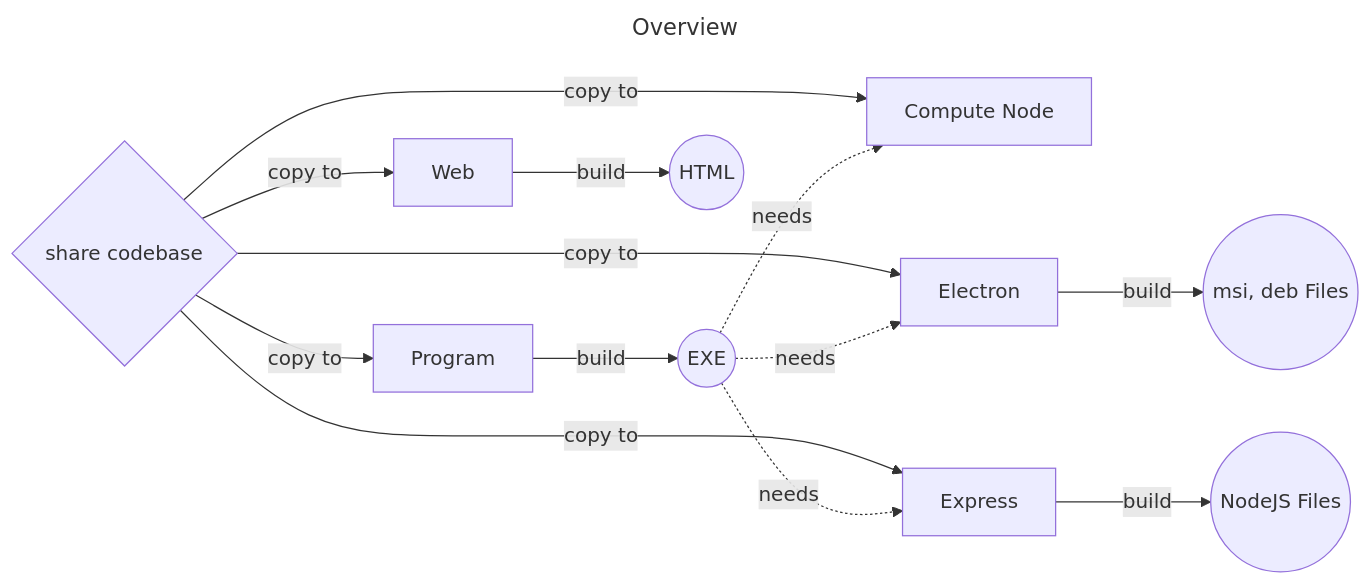
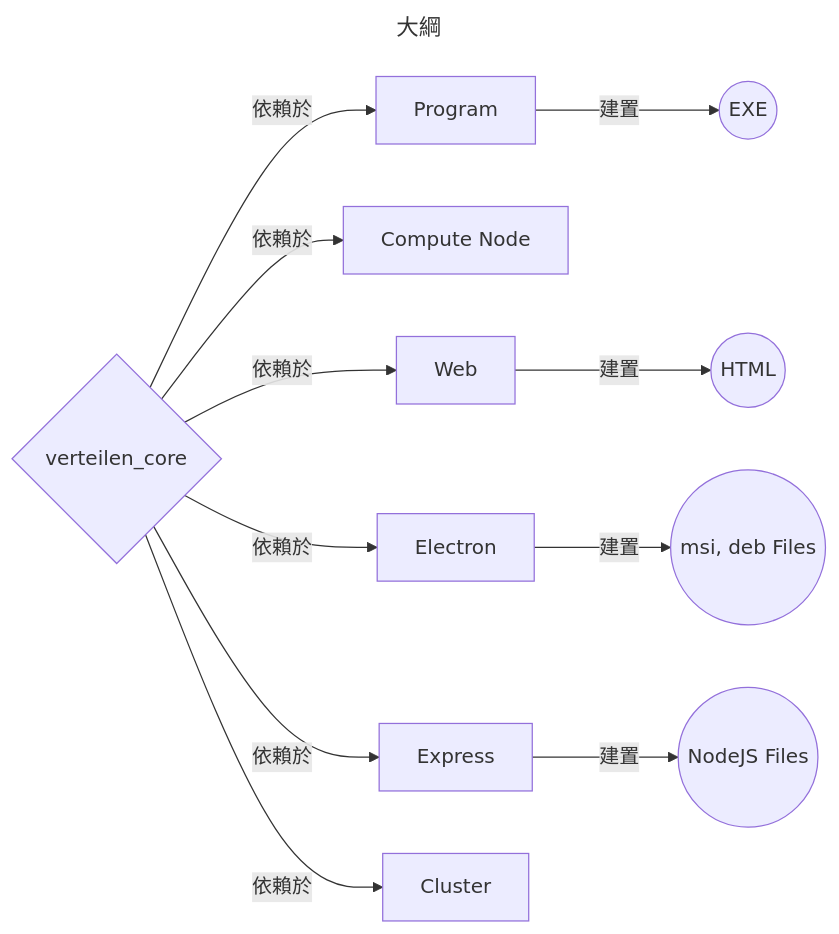
Before and after one commit to Verteilen/wiki: the first of 2 diagrams in docs/DEV/structure.zh-TW.md, drawn with Mermaid. The commit also changed other lines of this file and 4 other files, not shown here.

````diff
--- a/docs/DEV/structure.zh-TW.md
+++ b/docs/DEV/structure.zh-TW.md
@@ -3,18 +3,16 @@
 ``` mermaid
 ---
-title: Overview
+title: 大綱
 ---
 graph LR
-    A{share codebase} -->|copy to| B[Program]
-    A -->|copy to| C[Compute Node]
-    A -->|copy to| D[Web]
-    A -->|copy to| E[Electron]
-    A -->|copy to| F[Express]
-    B -->|build| G((EXE))
-    G -.->|needs| C
-    G -.->|needs| E
-    G -.->|needs| F
-    D -->|build| H((HTML))
-    E -->|build| I((msi, deb Files))
-    F -->|build| J((NodeJS Files))
+    A{verteilen_core} -->|依賴於| B[Program]
+    A -->|依賴於| C[Compute Node]
+    A -->|依賴於| D[Web]
+    A -->|依賴於| E[Electron]
+    A -->|依賴於| F[Express]
+    A -->|依賴於| K[Cluster]
+    B -->|建置| G((EXE))
+    D -->|建置| H((HTML))
+    E -->|建置| I((msi, deb Files))
+    F -->|建置| J((NodeJS Files))
 ```
````
